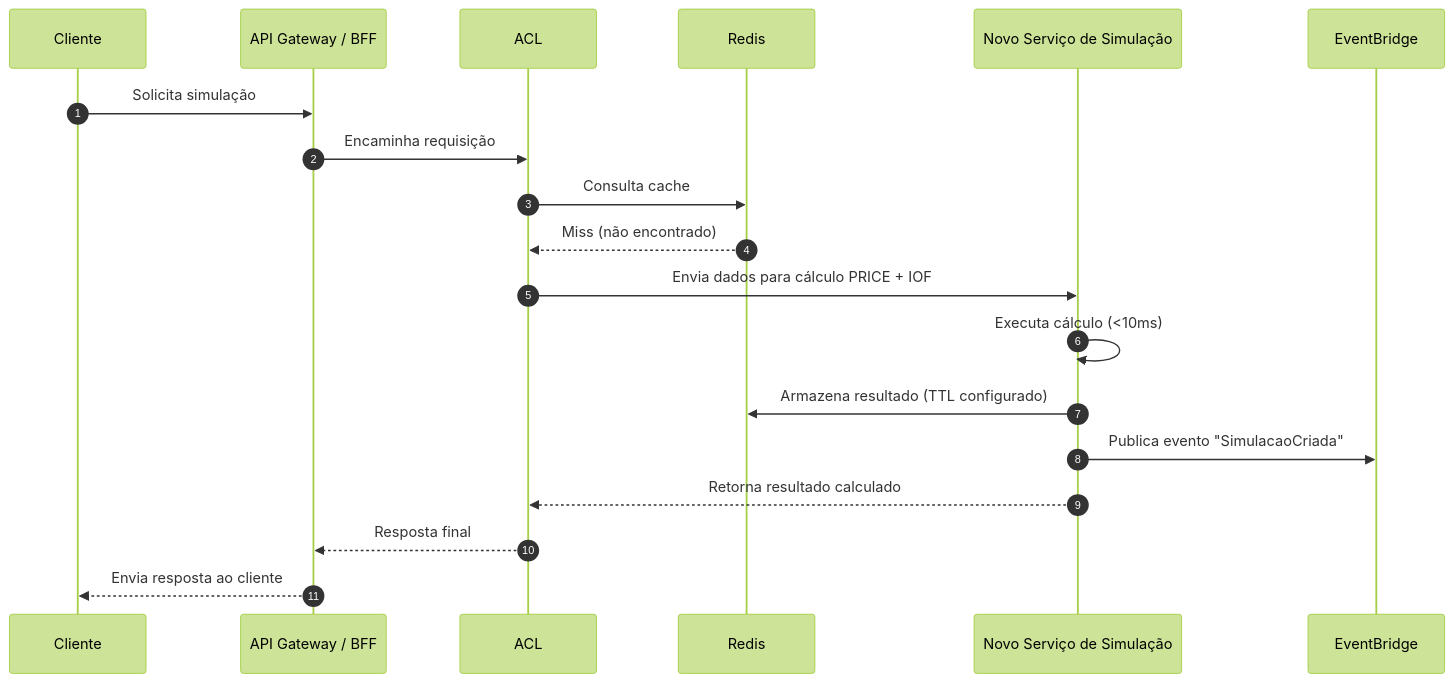
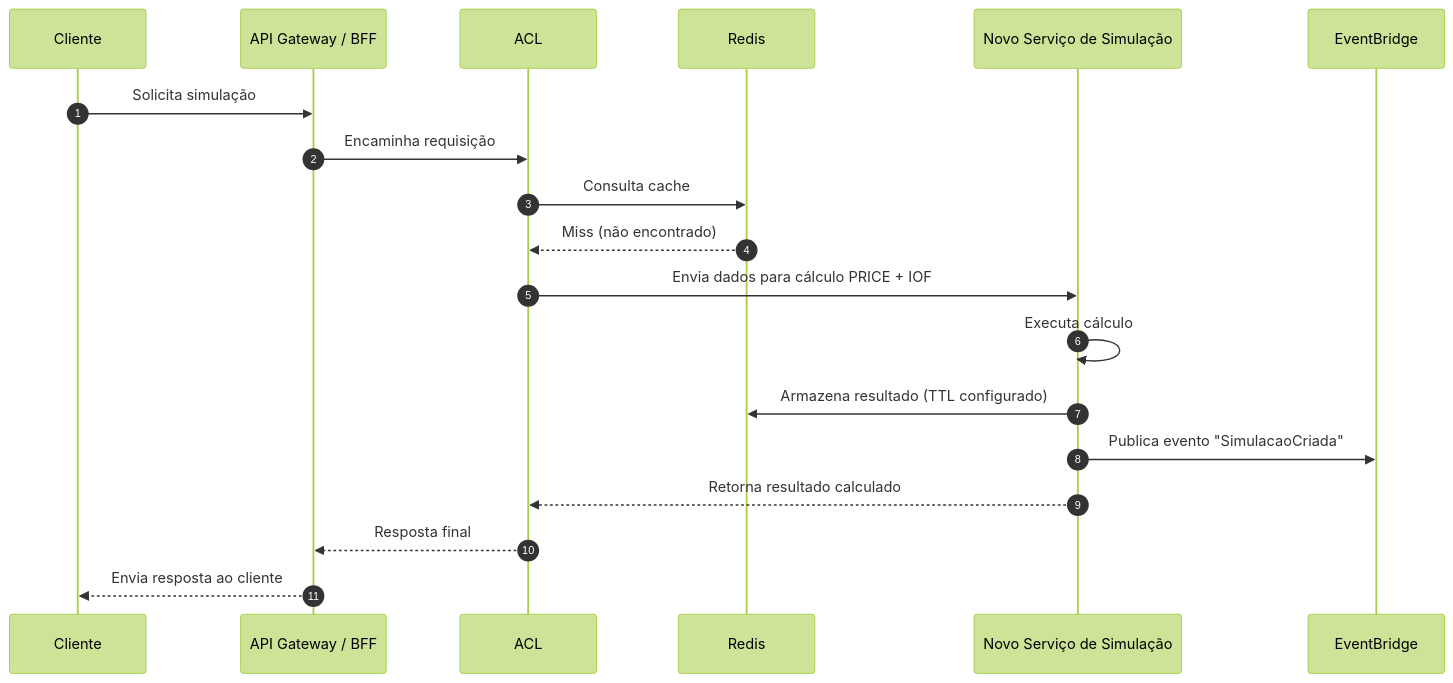
Before and after one commit to janainamilitao/simulacao-emprestimo: the second of 3 diagrams in README.md, drawn with Mermaid (forest theme). The commit also changed other lines of this file, not shown here.

````diff
--- a/README.md
+++ b/README.md
@@ -375,26 +375,26 @@
 ```mermaid
 sequenceDiagram
     autonumber
 
     participant C as Cliente
     participant API as API Gateway / BFF
     participant ACL as ACL
     participant RED as Redis
     participant SIM as Novo Serviço de Simulação
     participant EVT as EventBridge
 
     C->>API: Solicita simulação
     API->>ACL: Encaminha requisição
     ACL->>RED: Consulta cache
     RED-->>ACL: Miss (não encontrado)
 
     ACL->>SIM: Envia dados para cálculo PRICE + IOF
-    SIM->>SIM: Executa cálculo (<10ms)
+    SIM->>SIM: Executa cálculo
     SIM->>RED: Armazena resultado (TTL configurado)
     SIM->>EVT: Publica evento "SimulacaoCriada"
     
     SIM-->>ACL: Retorna resultado calculado
     ACL-->>API: Resposta final
     API-->>C: Envia resposta ao cliente
 
 ```
````
